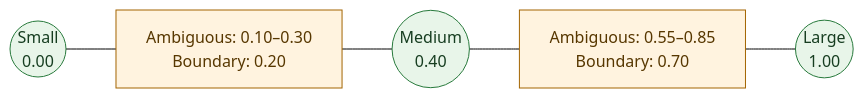
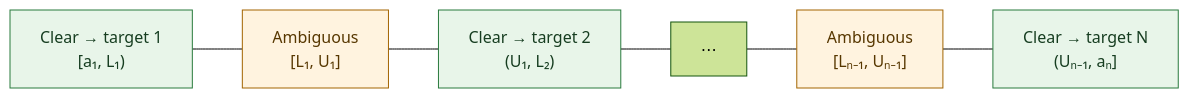
The second of 2 diagrams in docs/routing_algorithms/target_pools.md (NVIDIA-NeMo/Switchyard), drawn with Mermaid (forest theme) before and after one commit. The commit also changed other lines of this file, not shown here.

Commit message:
docs(routing): show generic clear and ambiguous score bands

````diff
--- a/docs/routing_algorithms/target_pools.md
+++ b/docs/routing_algorithms/target_pools.md
@@ -83,11 +90,12 @@
 ```mermaid
 flowchart LR
-    S(("Small<br/>0.00")) --- B1["Ambiguous: 0.10–0.30<br/>Boundary: 0.20"]
-    B1 --- M(("Medium<br/>0.40"))
-    M --- B2["Ambiguous: 0.55–0.85<br/>Boundary: 0.70"]
-    B2 --- L(("Large<br/>1.00"))
-    classDef anchor fill:#e8f5e9,stroke:#287a3c,color:#163d20
-    classDef band fill:#fff3df,stroke:#a36400,color:#573700
-    class S,M,L anchor
-    class B1,B2 band
+    C1["Clear → target 1<br/>[a₁, L₁)"] --- A1["Ambiguous<br/>[L₁, U₁]"]
+    A1 --- C2["Clear → target 2<br/>(U₁, L₂)"]
+    C2 --- More["⋯"]
+    More --- AN["Ambiguous<br/>[Lₙ₋₁, Uₙ₋₁]"]
+    AN --- CN["Clear → target N<br/>(Uₙ₋₁, aₙ]"]
+    classDef clear fill:#e8f5e9,stroke:#287a3c,color:#163d20
+    classDef ambiguous fill:#fff3df,stroke:#a36400,color:#573700
+    class C1,C2,CN clear
+    class A1,AN ambiguous
 ```
````
